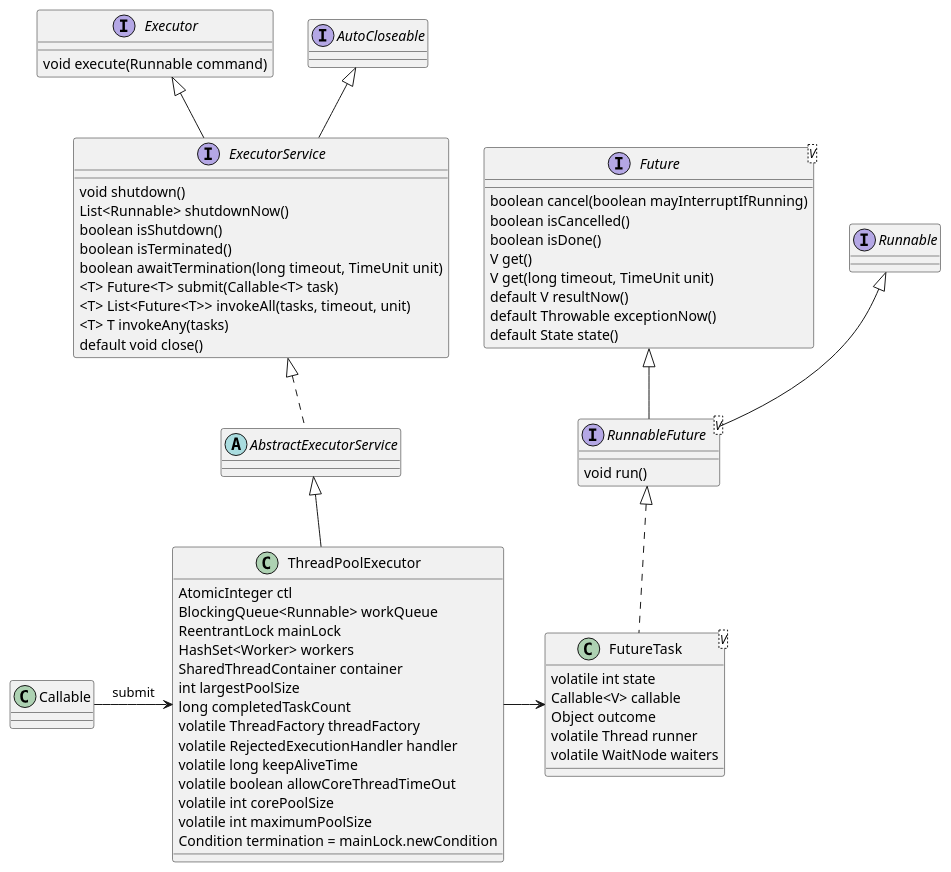
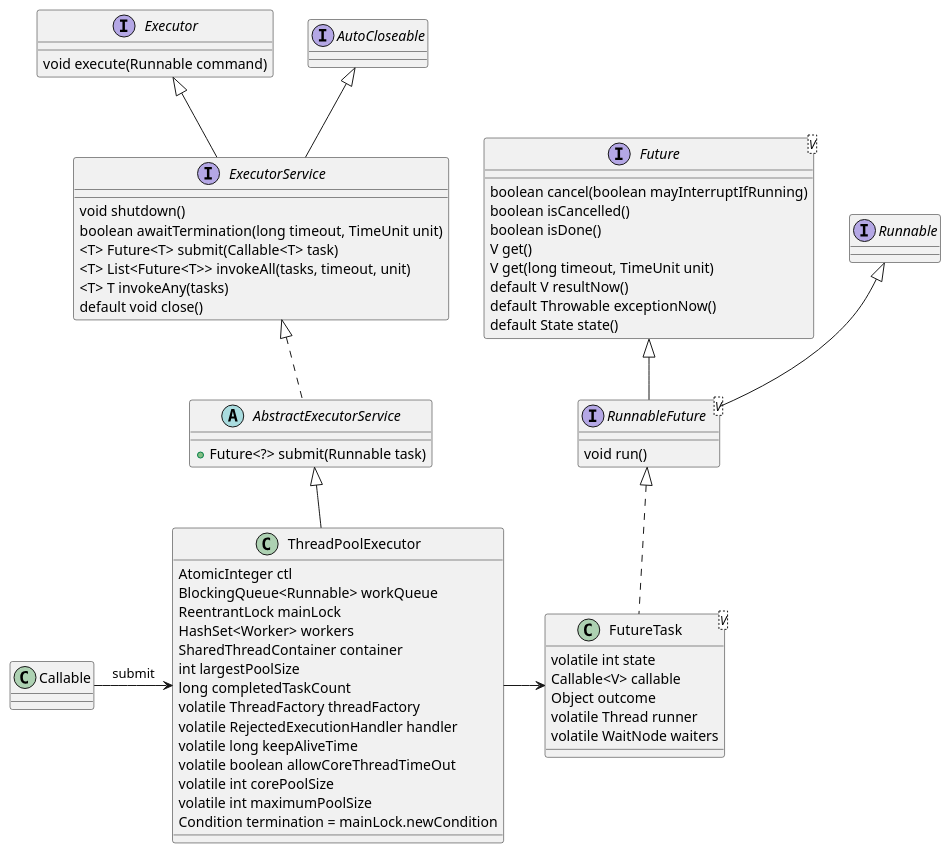
The first of 2 diagrams in content/post/java/concurrency/scheduling.md (kevinwang930/kevinwang930.github.io), drawn with PlantUML before and after one commit. The commit also changed 6 other files, not shown here.

````diff
--- a/content/post/java/concurrency/scheduling.md
+++ b/content/post/java/concurrency/scheduling.md
@@ -53,66 +53,65 @@
 ```plantuml
 
 interface Executor {
     void execute(Runnable command)
 }
 interface ExecutorService extends Executor, AutoCloseable {
     void shutdown()
-    List<Runnable> shutdownNow()
-    boolean isShutdown()
-    boolean isTerminated()
     boolean awaitTermination(long timeout, TimeUnit unit)
     <T> Future<T> submit(Callable<T> task)
     <T> List<Future<T>> invokeAll(tasks, timeout, unit)
     <T> T invokeAny(tasks)
     default void close()
 }
-abstract class AbstractExecutorService implements ExecutorService
+abstract class AbstractExecutorService implements ExecutorService {
+    + Future<?> submit(Runnable task)
+}
 
 interface Future<V> {
     boolean cancel(boolean mayInterruptIfRunning)
     boolean isCancelled()
     boolean isDone()
     V get() 
     V get(long timeout, TimeUnit unit)
     default V resultNow() 
     default Throwable exceptionNow()
     default State state()
 }
 interface RunnableFuture<V> extends Runnable, Future {
     void run()
 }
 
 class FutureTask<V> implements RunnableFuture {
     volatile int state
     Callable<V> callable
     Object outcome
     volatile Thread runner
     volatile WaitNode waiters
 }
 
 
 
 
 
 class ThreadPoolExecutor extends AbstractExecutorService {
     AtomicInteger ctl
     BlockingQueue<Runnable> workQueue
     ReentrantLock mainLock
     HashSet<Worker> workers
     SharedThreadContainer container
     int largestPoolSize
     long completedTaskCount
     volatile ThreadFactory threadFactory
     volatile RejectedExecutionHandler handler
     volatile long keepAliveTime
     volatile boolean allowCoreThreadTimeOut
     volatile int corePoolSize
     volatile int maximumPoolSize
     Condition termination = mainLock.newCondition
 
 }
 
 Callable -right-> ThreadPoolExecutor: submit
 ThreadPoolExecutor -right-> FutureTask
 
 ```
````
